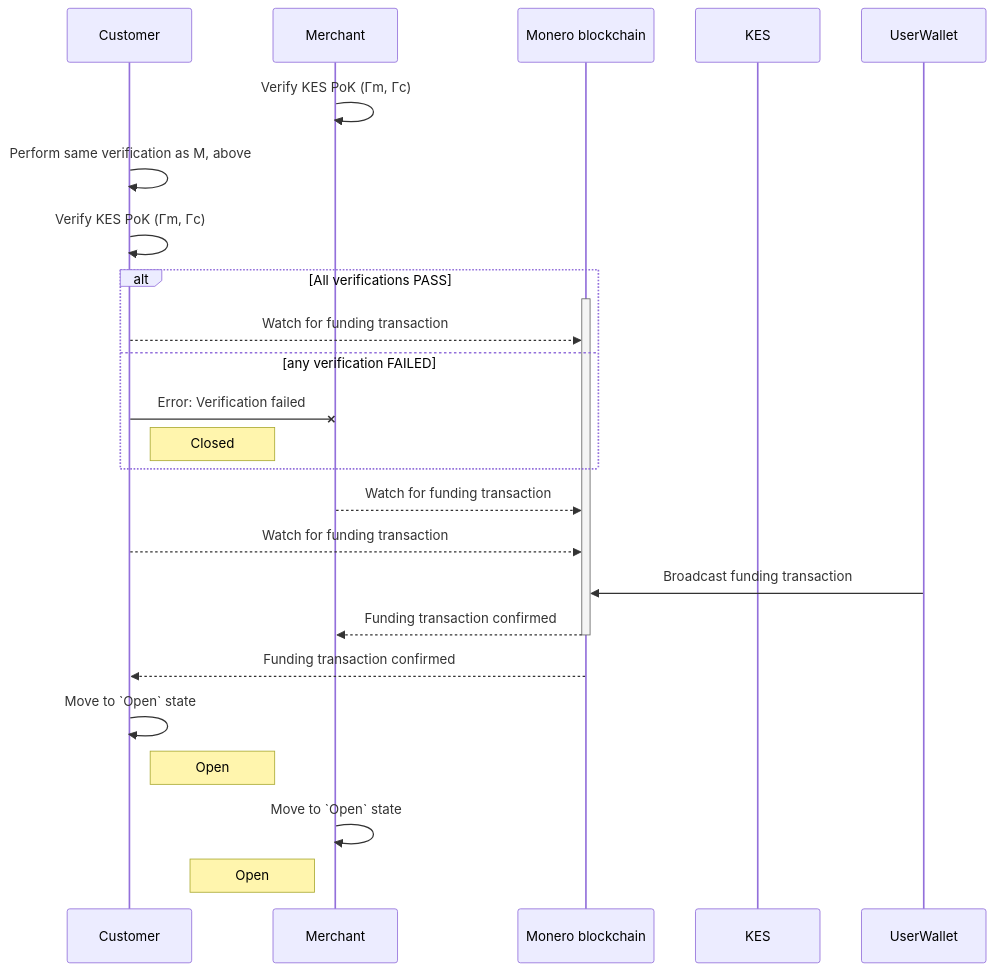
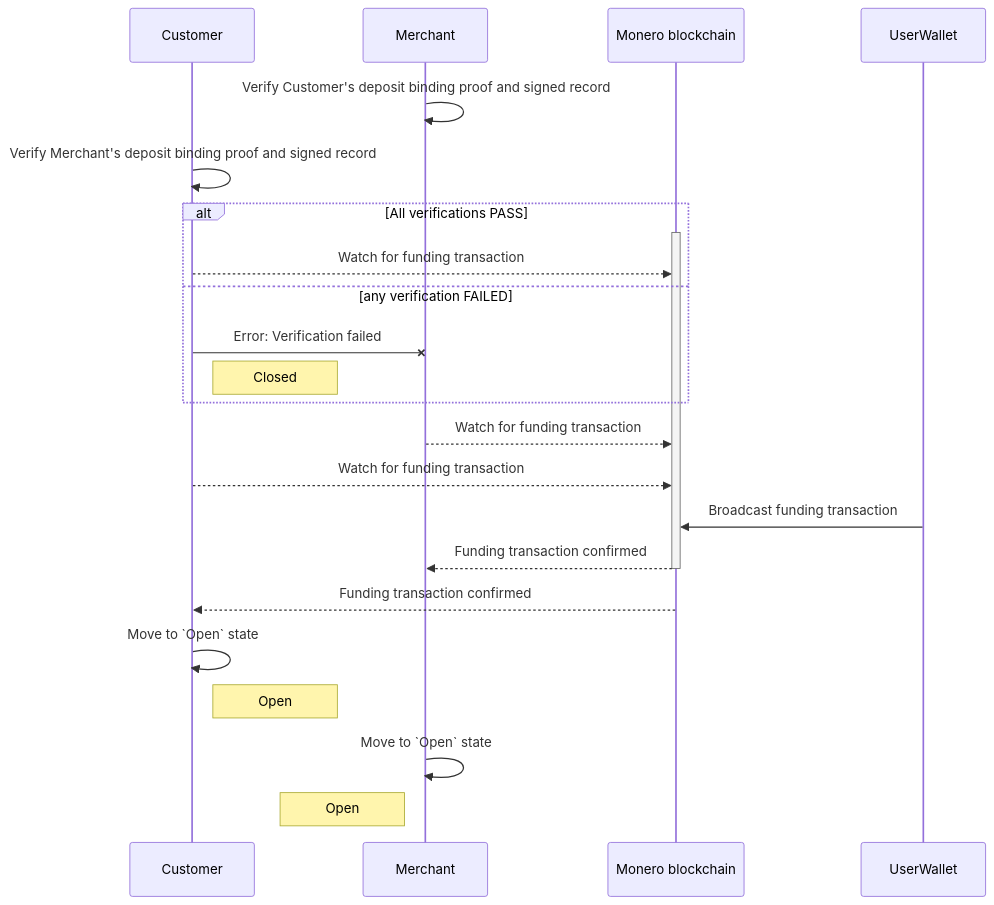
The diagram in docs/diagrams/establish_channel_sequence_b.md (grease-xmr/grease), drawn with Mermaid before and after one commit. The commit also changed 48 other files, not shown here.

````diff
--- a/docs/diagrams/establish_channel_sequence_b.md
+++ b/docs/diagrams/establish_channel_sequence_b.md
@@ -1,32 +1,30 @@
 ```mermaid
 sequenceDiagram
     participant C as Customer
     participant M as Merchant
     participant L1 as Monero blockchain
-    participant KES as KES
-    
-    M->>M: Verify KES PoK (Γm, Γc)
-    C->>C: Perform same verification as M, above
-    C->>C: Verify KES PoK (Γm, Γc)
-    
+
+    M->>M: Verify Customer's deposit binding proof and signed record
+    C->>C: Verify Merchant's deposit binding proof and signed record
+
     alt All verifications PASS
         activate L1
         C-->>L1: Watch for funding transaction
     else any verification FAILED
         C-xM: Error: Verification failed
         note right of C: Closed
     end
 
     M-->>L1: Watch for funding transaction
     C-->>L1: Watch for funding transaction
-   
-    
+
+
     UserWallet->>L1: Broadcast funding transaction
     L1-->>M: Funding transaction confirmed
     deactivate L1
     L1-->>C: Funding transaction confirmed
     C->>C: Move to `Open` state
     note right of C: Open
     M->>M: Move to `Open` state
     note left of M: Open
 ```
````
